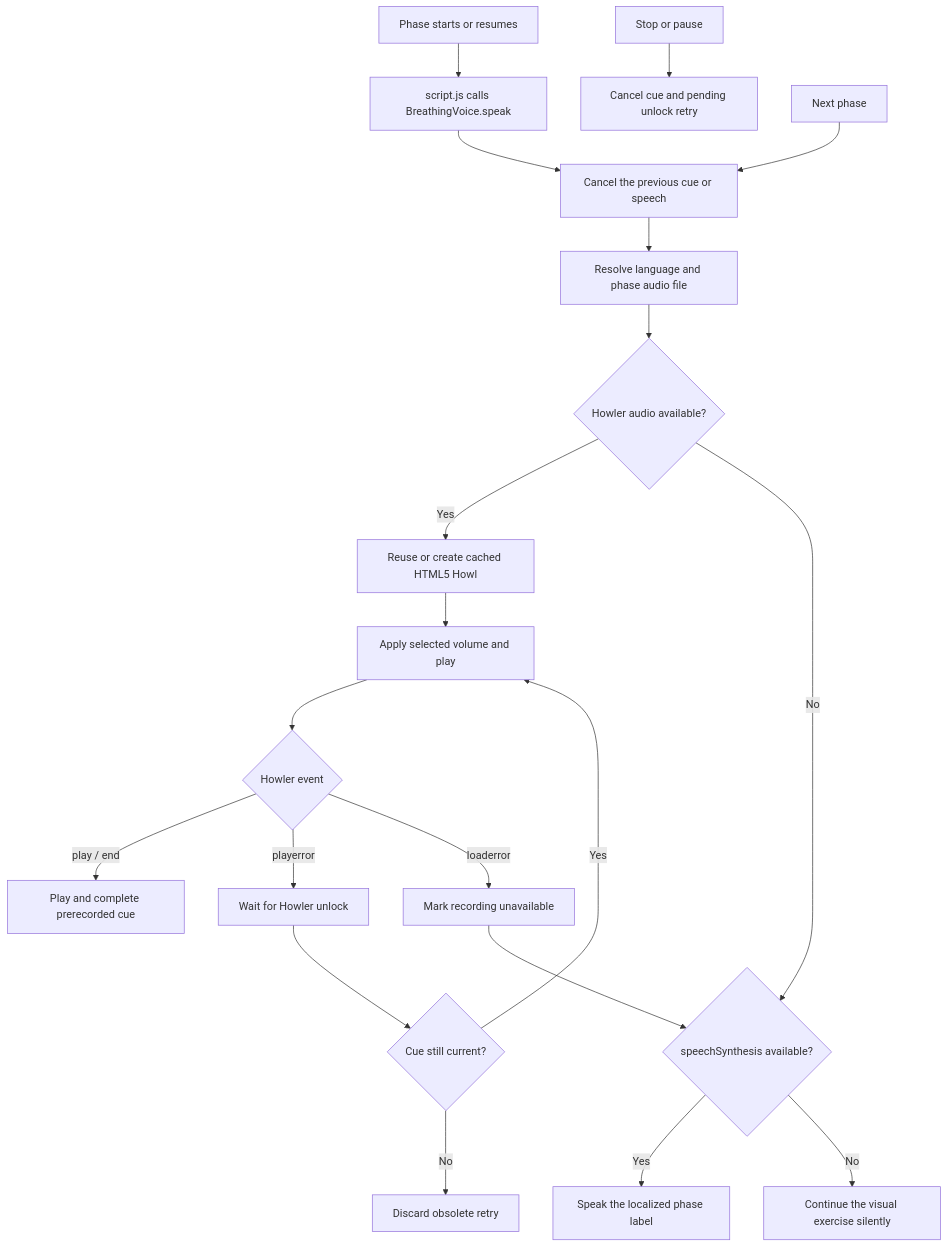
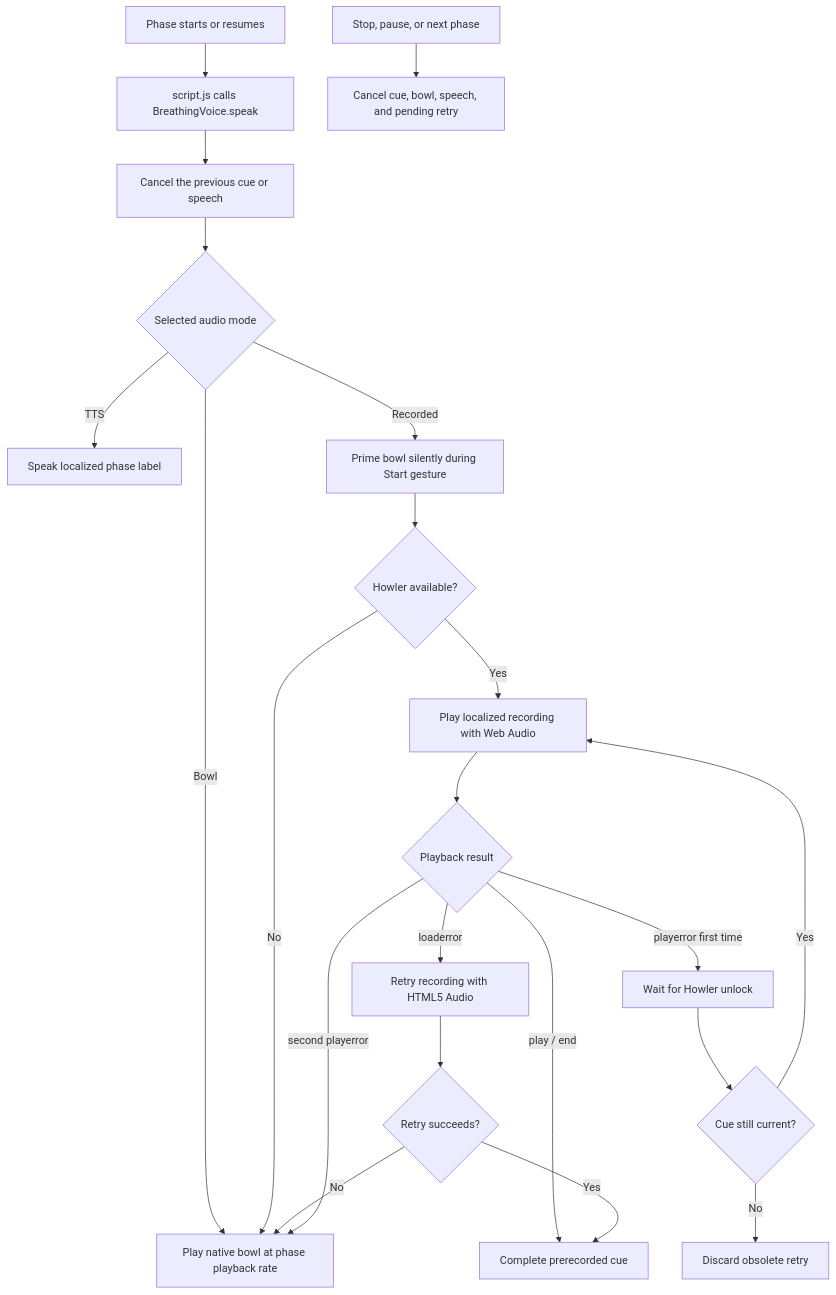
The second of 4 diagrams in docs/README.md (rolandjo/Breathing_App), drawn with Mermaid before and after one commit. The commit also changed other lines of this file and 13 other files, not shown here.

Commit message:
fix(audio): prevent automatic TTS fallback on Android

````diff
--- a/docs/README.md
+++ b/docs/README.md
@@ -98,23 +98,25 @@
 ```mermaid
 flowchart TD
     A[Phase starts or resumes] --> B[script.js calls BreathingVoice.speak]
     B --> C[Cancel the previous cue or speech]
-    C --> D[Resolve language and phase audio file]
-    D --> E{Howler audio available?}
-    E -->|Yes| F[Reuse or create cached HTML5 Howl]
-    F --> G[Apply selected volume and play]
-    G --> H{Howler event}
-    H -->|play / end| I[Play and complete prerecorded cue]
-    H -->|playerror| J[Wait for Howler unlock]
-    J --> K{Cue still current?}
-    K -->|Yes| G
-    K -->|No| L[Discard obsolete retry]
-    H -->|loaderror| M[Mark recording unavailable]
-    E -->|No| N{speechSynthesis available?}
-    M --> N
-    N -->|Yes| O[Speak the localized phase label]
-    N -->|No| P[Continue the visual exercise silently]
+    C --> D{Selected audio mode}
+    D -->|TTS| E[Speak localized phase label]
+    D -->|Bowl| F[Play native bowl at phase playback rate]
+    D -->|Recorded| G[Prime bowl silently during Start gesture]
+    G --> H{Howler available?}
+    H -->|No| F
+    H -->|Yes| I[Play localized recording with Web Audio]
+    I --> J{Playback result}
+    J -->|play / end| K[Complete prerecorded cue]
+    J -->|playerror first time| L[Wait for Howler unlock]
+    L --> M{Cue still current?}
+    M -->|Yes| I
+    M -->|No| N[Discard obsolete retry]
+    J -->|loaderror| O[Retry recording with HTML5 Audio]
+    O --> P{Retry succeeds?}
+    P -->|Yes| K
+    P -->|No| F
+    J -->|second playerror| F
 
-    Q[Stop or pause] --> R[Cancel cue and pending unlock retry]
-    S[Next phase] --> C
+    Q[Stop, pause, or next phase] --> R[Cancel cue, bowl, speech, and pending retry]
 ```
````
